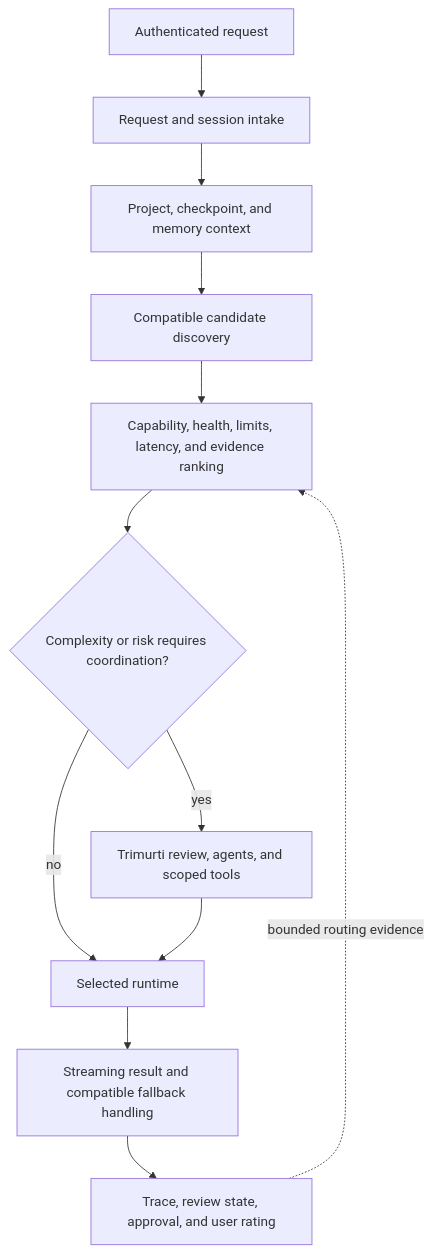
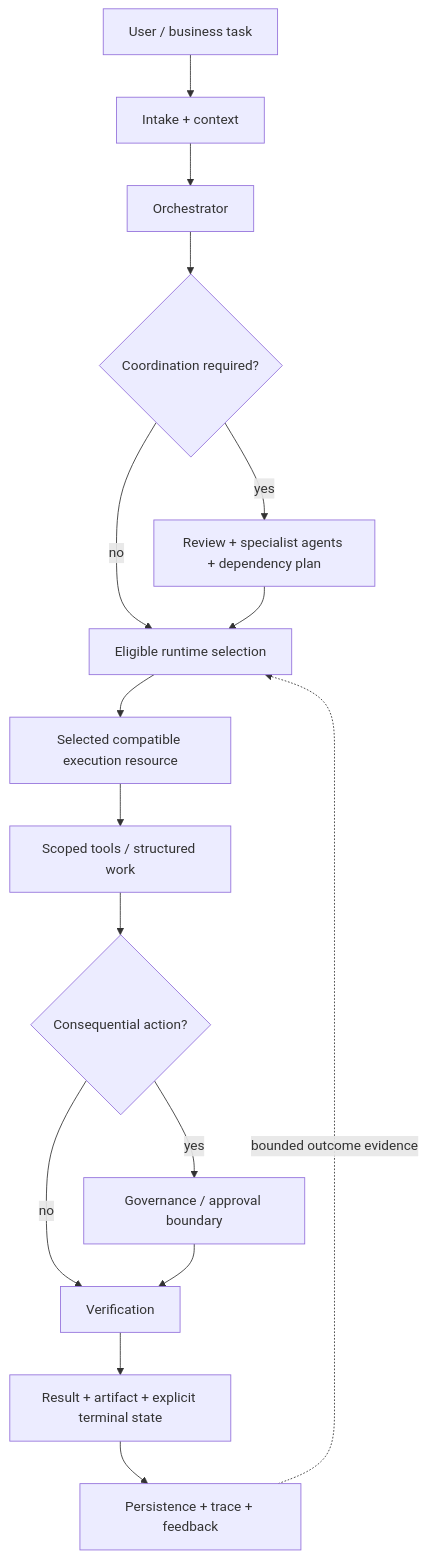
One commit to Prashant10009/agent-forge-showcase changed the diagram in docs/ARCHITECTURE.md. Above: the diagram before and after it, drawn with Mermaid. The commit also changed other lines of this file and 3 other files, not shown here.

````diff
--- a/docs/ARCHITECTURE.md
+++ b/docs/ARCHITECTURE.md
@@ -11,14 +18,18 @@
 ```mermaid
 flowchart TD
-  A["Authenticated request"] --> B["Request and session intake"]
-  B --> C["Project, checkpoint, and memory context"]
-  C --> D["Compatible candidate discovery"]
-  D --> E["Capability, health, limits, latency, and evidence ranking"]
-  E --> F{"Complexity or risk requires coordination?"}
-  F -- "yes" --> G["Trimurti review, agents, and scoped tools"]
-  F -- "no" --> H["Selected runtime"]
-  G --> H
-  H --> I["Streaming result and compatible fallback handling"]
-  I --> J["Trace, review state, approval, and user rating"]
-  J -. "bounded routing evidence" .-> E
+  U["User / business task"] --> I["Intake + context"]
+  I --> O["Orchestrator"]
+  O --> D{"Coordination required?"}
+  D -- "no" --> R["Eligible runtime selection"]
+  D -- "yes" --> C["Review + specialist agents + dependency plan"]
+  C --> R
+  R --> X["Selected compatible execution resource"]
+  X --> T["Scoped tools / structured work"]
+  T --> G{"Consequential action?"}
+  G -- "yes" --> A["Governance / approval boundary"]
+  G -- "no" --> V["Verification"]
+  A --> V
+  V --> S["Result + artifact + explicit terminal state"]
+  S --> P["Persistence + trace + feedback"]
+  P -. "bounded outcome evidence" .-> R
 ```
````
